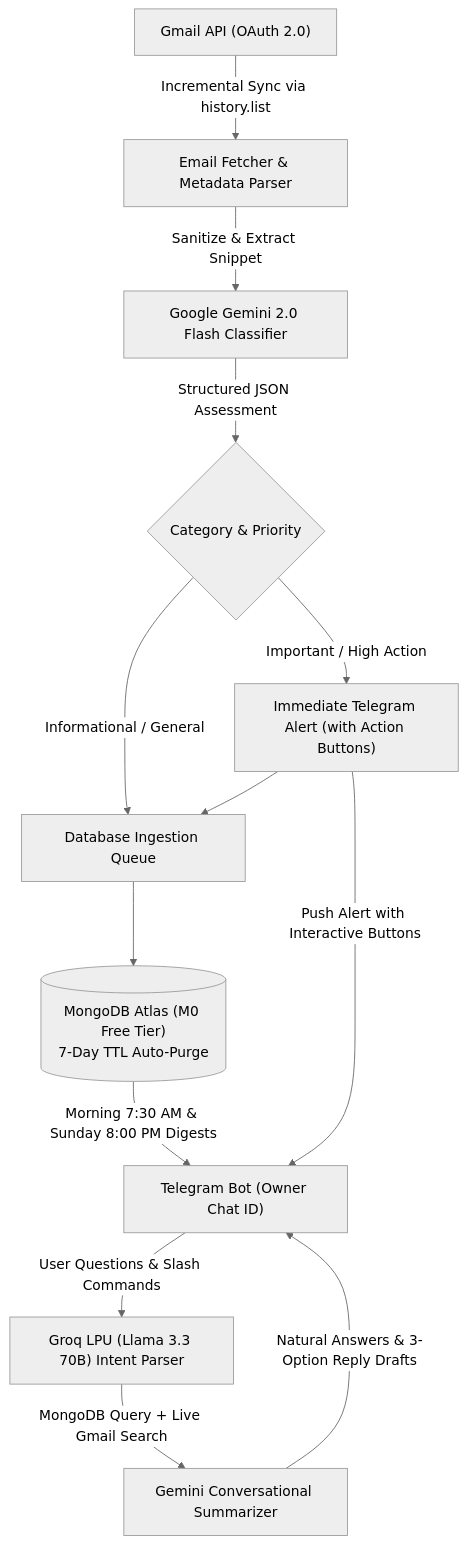
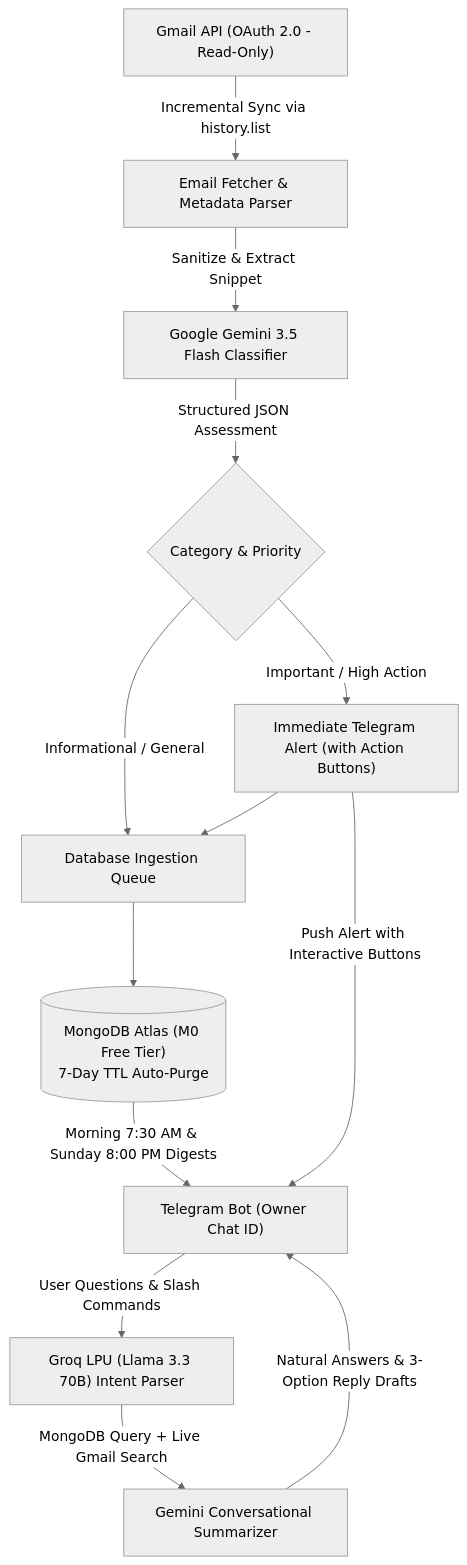
One commit to raghavendra-kumar04/ai_email_assistant changed the diagram in README.md. Above: the diagram before and after it, drawn with Mermaid (neutral theme). The commit also changed other lines of this file, not shown here.

````diff
--- a/README.md
+++ b/README.md
@@ -49,20 +50,20 @@
 ```mermaid
 flowchart TD
-    A["Gmail API (OAuth 2.0)"] -->|Incremental Sync via history.list| B["Email Fetcher & Metadata Parser"]
-    B -->|Sanitize & Extract Snippet| C["Google Gemini 2.0 Flash Classifier"]
+    A["Gmail API (OAuth 2.0 - Read-Only)"] -->|Incremental Sync via history.list| B["Email Fetcher & Metadata Parser"]
+    B -->|Sanitize & Extract Snippet| C["Google Gemini 3.5 Flash Classifier"]
     
     C -->|Structured JSON Assessment| D{"Category & Priority"}
     
     D -->|Important / High Action| E["Immediate Telegram Alert (with Action Buttons)"]
     D -->|Informational / General| F["Database Ingestion Queue"]
     
     E --> F
     F --> G[("MongoDB Atlas (M0 Free Tier)<br/>7-Day TTL Auto-Purge")]
     
     G -->|Morning 7:30 AM & Sunday 8:00 PM Digests| H["Telegram Bot (Owner Chat ID)"]
     E -->|Push Alert with Interactive Buttons| H
     
     H -->|User Questions & Slash Commands| I["Groq LPU (Llama 3.3 70B) Intent Parser"]
     I -->|MongoDB Query + Live Gmail Search| J["Gemini Conversational Summarizer"]
     J -->|Natural Answers & 3-Option Reply Drafts| H
 ```
````
